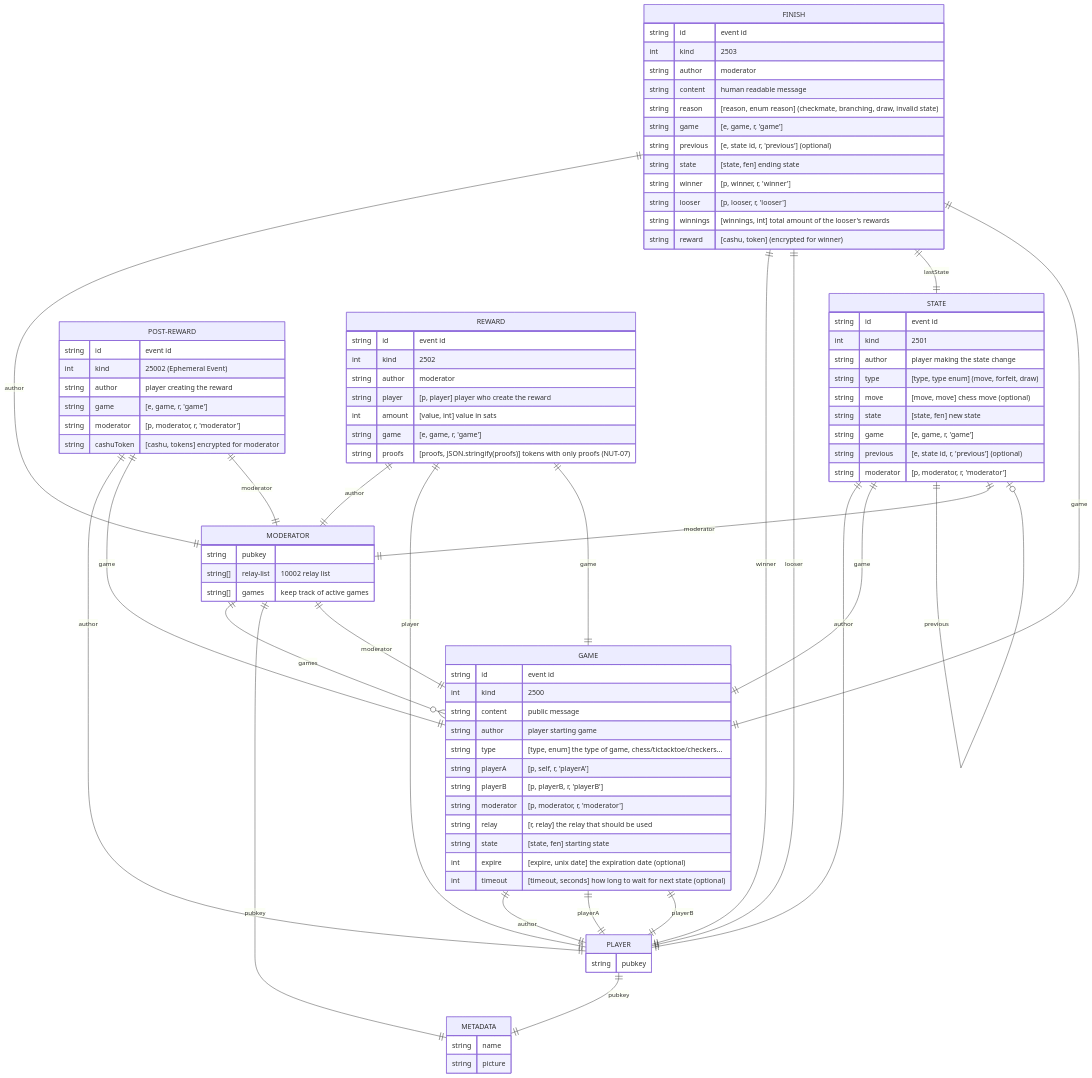
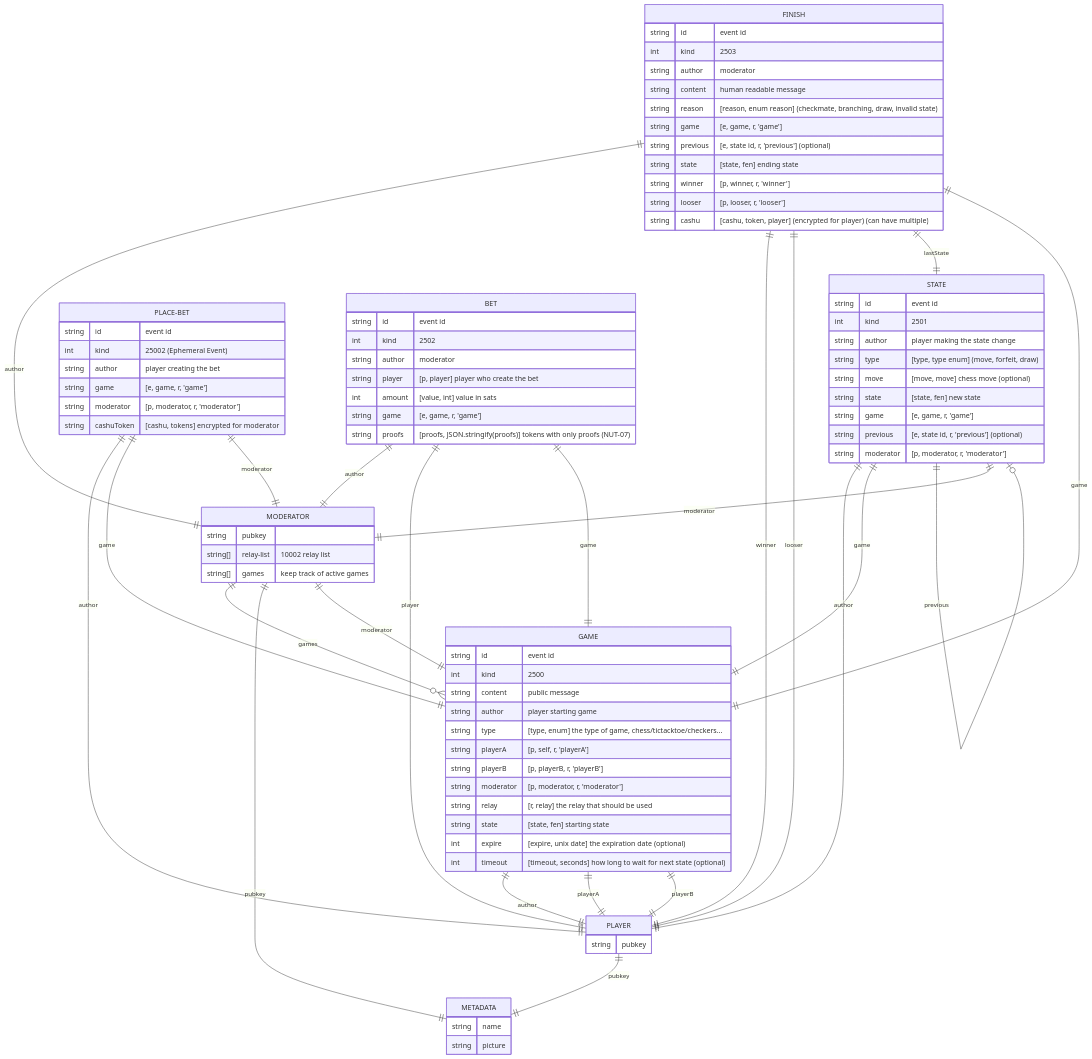
One commit to hzrd149/chessnut changed the first of 2 diagrams in README.md. Above: the diagram before and after it, drawn with Mermaid. The commit also changed other lines of this file and 14 other files, not shown here.

```diff
--- a/README.md
+++ b/README.md
@@ -58,30 +60,30 @@
     STATE ||--o| STATE : previous
     STATE ||--|| MODERATOR : moderator
 
-    POST-REWARD {
+    PLACE-BET {
         string id "event id"
         int kind "25002 (Ephemeral Event)"
-        string author "player creating the reward"
+        string author "player creating the bet"
         string game "[e, game, r, 'game']"
         string moderator "[p, moderator, r, 'moderator']"
         string cashuToken "[cashu, tokens] encrypted for moderator"
     }
-    POST-REWARD ||--|| PLAYER : author
-    POST-REWARD ||--|| GAME : game
-    POST-REWARD ||--|| MODERATOR : moderator
+    PLACE-BET ||--|| PLAYER : author
+    PLACE-BET ||--|| GAME : game
+    PLACE-BET ||--|| MODERATOR : moderator
 
-    REWARD {
+    BET {
         string id "event id"
         int kind "2502"
         string author "moderator"
-        string player "[p, player] player who create the reward"
+        string player "[p, player] player who create the bet"
         int amount "[value, int] value in sats"
         string game "[e, game, r, 'game']"
         string proofs "[proofs, JSON.stringify(proofs)] tokens with only proofs (NUT-07)"
     }
-    REWARD ||--|| MODERATOR : author
-    REWARD ||--|| PLAYER : player
-    REWARD ||--|| GAME : game
+    BET ||--|| MODERATOR : author
+    BET ||--|| PLAYER : player
+    BET ||--|| GAME : game
 
     FINISH {
         string id "event id"
@@ -94,8 +96,7 @@
         string state "[state, fen] ending state"
         string winner "[p, winner, r, 'winner']"
         string looser "[p, looser, r, 'looser']"
-        string winnings "[winnings, int] total amount of the looser's rewards"
-        string reward "[cashu, token] (encrypted for winner)"
+        string cashu "[cashu, token, player] (encrypted for player) (can have multiple)"
     }
     FINISH ||--|| MODERATOR : author
     FINISH ||--|| PLAYER : winner
```
